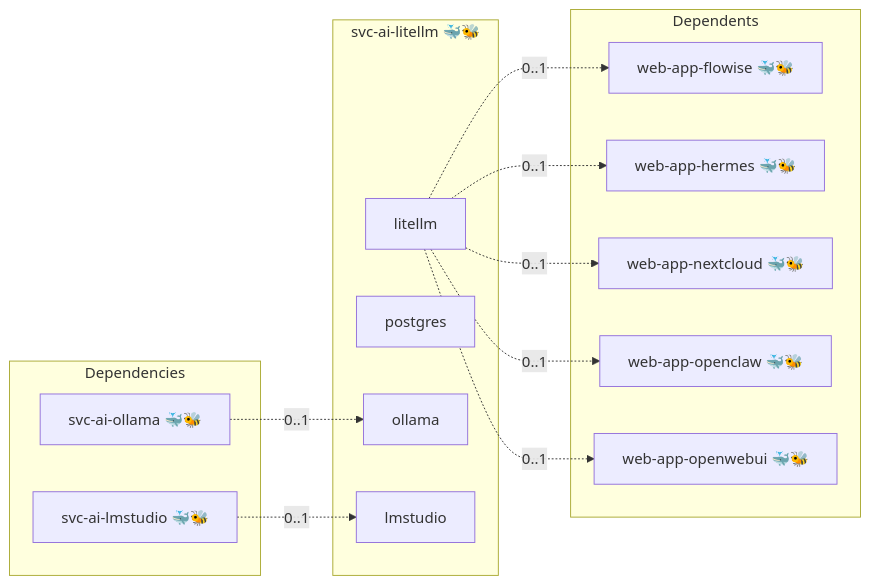
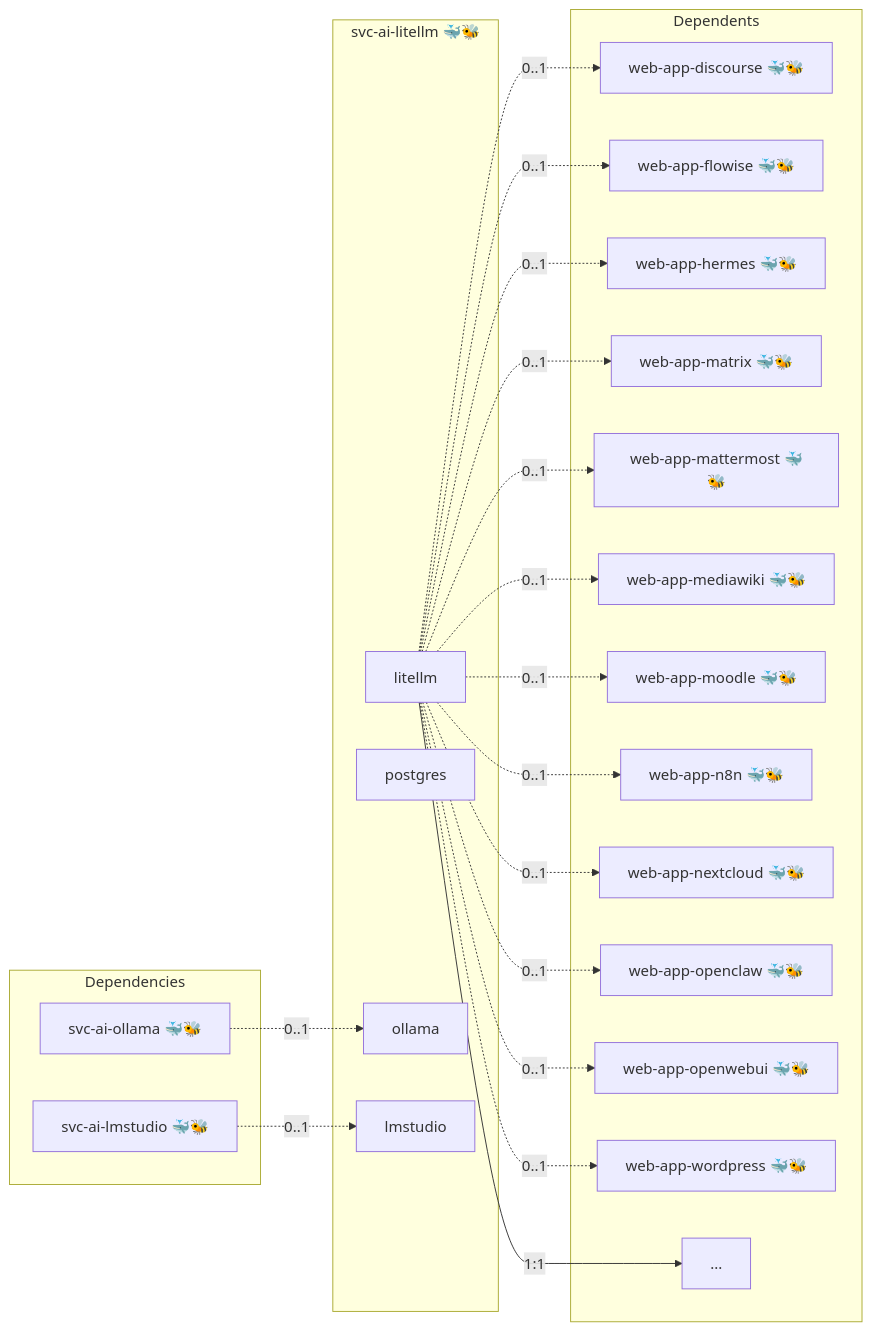
Before and after one commit to infinito-nexus/core: the diagram in roles/svc-ai-litellm/README.md, drawn with Mermaid. The commit also changed 5 other files, not shown here.

````diff
--- a/roles/svc-ai-litellm/README.md
+++ b/roles/svc-ai-litellm/README.md
@@ -15,27 +15,43 @@
 ```mermaid
 flowchart LR
     subgraph deps [Dependencies]
         dep_svc_ai_lmstudio["svc-ai-lmstudio 🐳🐝"]
         dep_svc_ai_ollama["svc-ai-ollama 🐳🐝"]
     end
     subgraph role [svc-ai-litellm 🐳🐝]
         svc_litellm["litellm"]
         svc_postgres["postgres"]
         svc_ollama["ollama"]
         svc_lmstudio["lmstudio"]
     end
     subgraph dependents [Dependents]
+        dpt_web_app_discourse["web-app-discourse 🐳🐝"]
         dpt_web_app_flowise["web-app-flowise 🐳🐝"]
         dpt_web_app_hermes["web-app-hermes 🐳🐝"]
+        dpt_web_app_matrix["web-app-matrix 🐳🐝"]
+        dpt_web_app_mattermost["web-app-mattermost 🐳🐝"]
+        dpt_web_app_mediawiki["web-app-mediawiki 🐳🐝"]
+        dpt_web_app_moodle["web-app-moodle 🐳🐝"]
+        dpt_web_app_n8n["web-app-n8n 🐳🐝"]
         dpt_web_app_nextcloud["web-app-nextcloud 🐳🐝"]
         dpt_web_app_openclaw["web-app-openclaw 🐳🐝"]
         dpt_web_app_openwebui["web-app-openwebui 🐳🐝"]
+        dpt_web_app_wordpress["web-app-wordpress 🐳🐝"]
+        dpt_more["..."]
     end
     dep_svc_ai_lmstudio -. "0..1" .-> svc_lmstudio
     dep_svc_ai_ollama -. "0..1" .-> svc_ollama
+    svc_litellm -- "1:1" --> dpt_more
+    svc_litellm -. "0..1" .-> dpt_web_app_discourse
     svc_litellm -. "0..1" .-> dpt_web_app_flowise
     svc_litellm -. "0..1" .-> dpt_web_app_hermes
+    svc_litellm -. "0..1" .-> dpt_web_app_matrix
+    svc_litellm -. "0..1" .-> dpt_web_app_mattermost
+    svc_litellm -. "0..1" .-> dpt_web_app_mediawiki
+    svc_litellm -. "0..1" .-> dpt_web_app_moodle
+    svc_litellm -. "0..1" .-> dpt_web_app_n8n
     svc_litellm -. "0..1" .-> dpt_web_app_nextcloud
     svc_litellm -. "0..1" .-> dpt_web_app_openclaw
     svc_litellm -. "0..1" .-> dpt_web_app_openwebui
+    svc_litellm -. "0..1" .-> dpt_web_app_wordpress
 ```
````
